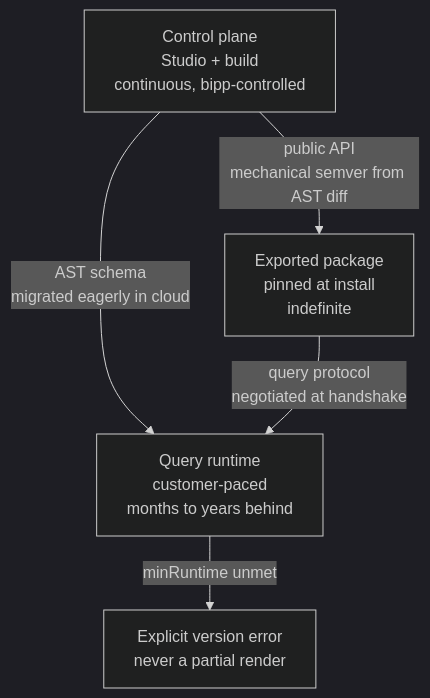
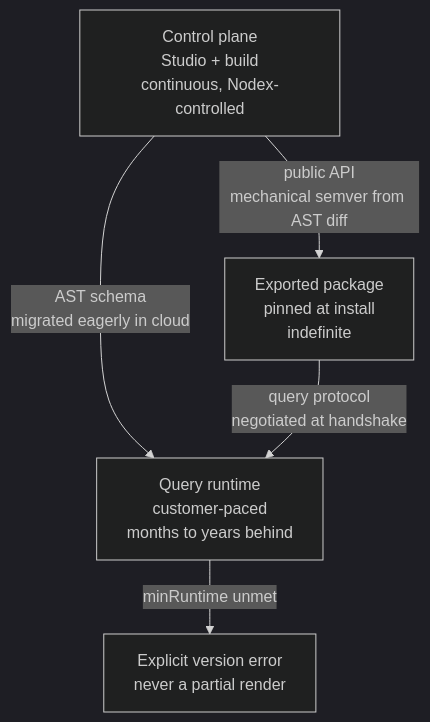
One commit to Nodex-Studio/nodex-website changed the diagram in diagrams/version-cadences.mmd. Above: the diagram before and after it, drawn with Mermaid (dark theme). The commit also changed 19 other files, not shown here.

```diff
--- a/diagrams/version-cadences.mmd
+++ b/diagrams/version-cadences.mmd
@@ -1,19 +1,19 @@
 graph TD
   cp["Control plane
 Studio + build
-continuous, bipp-controlled"]
+continuous, Nodex-controlled"]
   rt["Query runtime
 customer-paced
 months to years behind"]
   pkg["Exported package
 pinned at install
 indefinite"]
   err["Explicit version error
 never a partial render"]
   cp -- "AST schema
 migrated eagerly in cloud" --> rt
   cp -- "public API
 mechanical semver from AST diff" --> pkg
   pkg -- "query protocol
 negotiated at handshake" --> rt
   rt -- "minRuntime unmet" --> err
```
